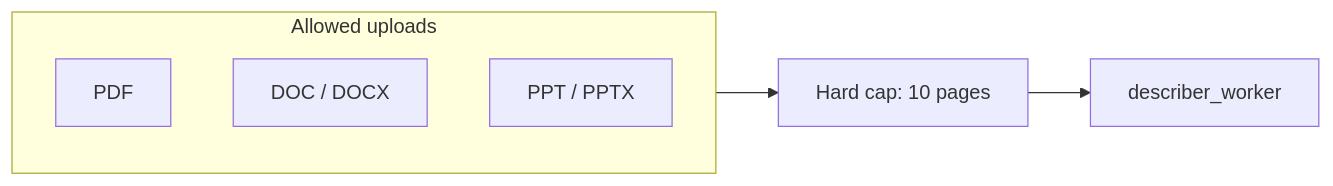
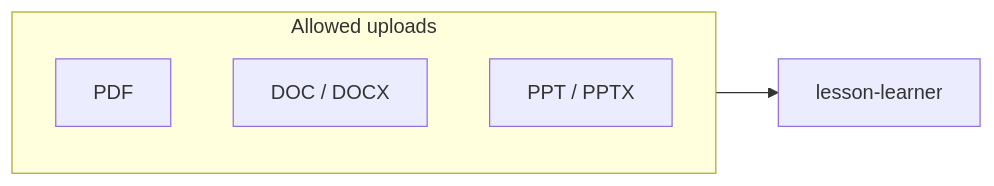
The fourth of 7 diagrams in docs/architecture/02-media-describer-flow.md (BasselSallam2/teacher-mock), drawn with Mermaid before and after one commit. The commit also changed other lines of this file and 10 other files, not shown here.

Commit message:
Enhance README and add system overview documentation; update media handling and lesson planning architecture. Introduce nested media folders and clarify production stack details.

````diff
--- a/docs/architecture/02-media-describer-flow.md
+++ b/docs/architecture/02-media-describer-flow.md
@@ -93,11 +96,10 @@
 ```mermaid
 flowchart LR
   subgraph allowed [Allowed uploads]
     PDF[PDF]
     DOC[DOC / DOCX]
     PPT[PPT / PPTX]
   end
 
-  allowed --> Cap["Hard cap: 10 pages"]
-  Cap --> Describer["describer_worker"]
+  allowed --> Learner["lesson-learner"]
 ```
````
